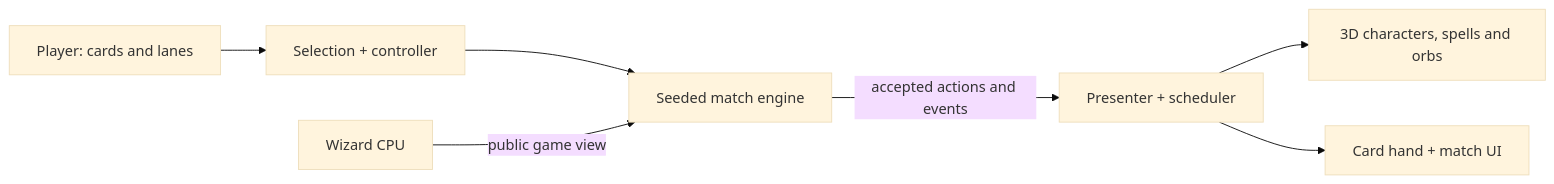
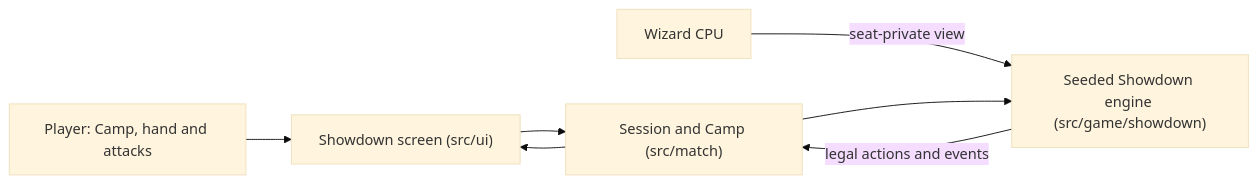
Before and after one commit to alejandro-publius/cowboys-vs-wizards: the diagram in README.md, drawn with Mermaid (base theme). The commit also changed other lines of this file and 85 other files, not shown here.

Commit message:
Retire the illustrated lane build and keep Showdown as the only game (#184)

````diff
--- a/README.md
+++ b/README.md
@@ -72,9 +72,9 @@
 ```mermaid
 flowchart LR
-    Player["Player: cards and lanes"] --> Select["Selection + controller"]
-    Select --> Engine["Seeded match engine"]
-    CPU["Wizard CPU"] -->|public game view| Engine
-    Engine -->|accepted actions and events| Presenter["Presenter + scheduler"]
-    Presenter --> Scene["3D characters, spells and orbs"]
-    Presenter --> Hand["Card hand + match UI"]
+    Player["Player: Camp, hand and attacks"] --> Screen["Showdown screen (src/ui)"]
+    Screen --> Session["Session and Camp (src/match)"]
+    CPU["Wizard CPU"] -->|seat-private view| Engine
+    Session --> Engine["Seeded Showdown engine (src/game/showdown)"]
+    Engine -->|legal actions and events| Session
+    Session --> Screen
 ```
````
